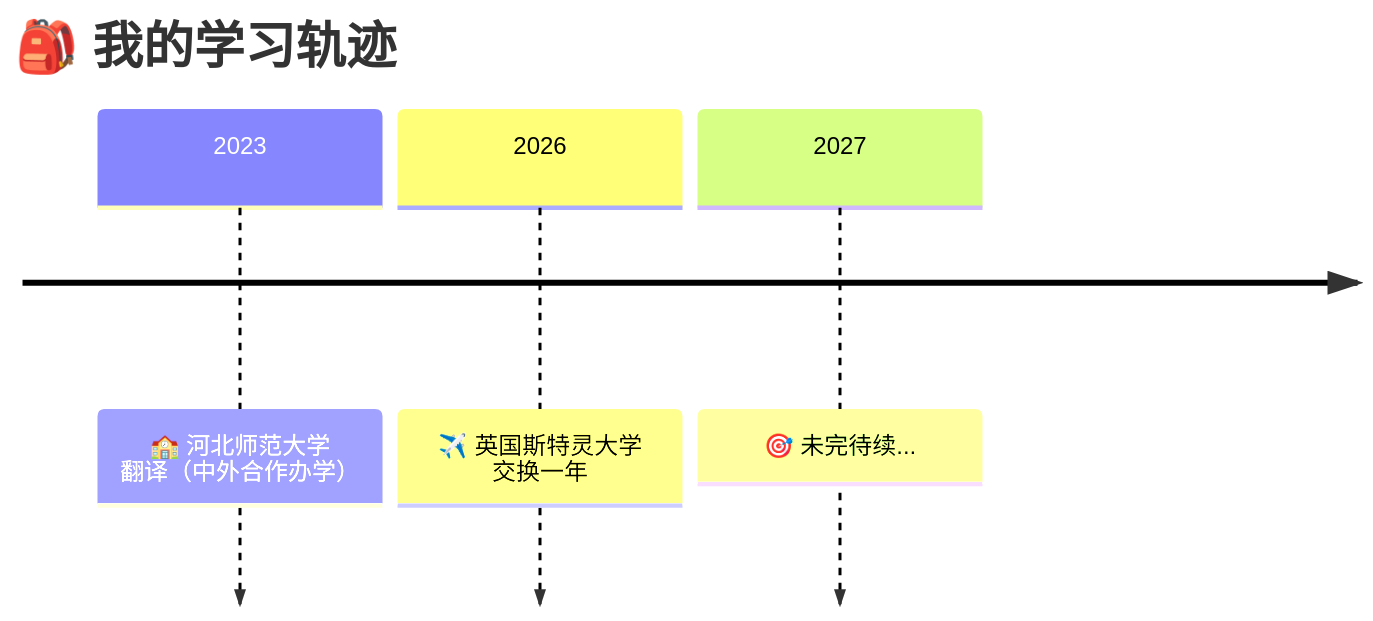
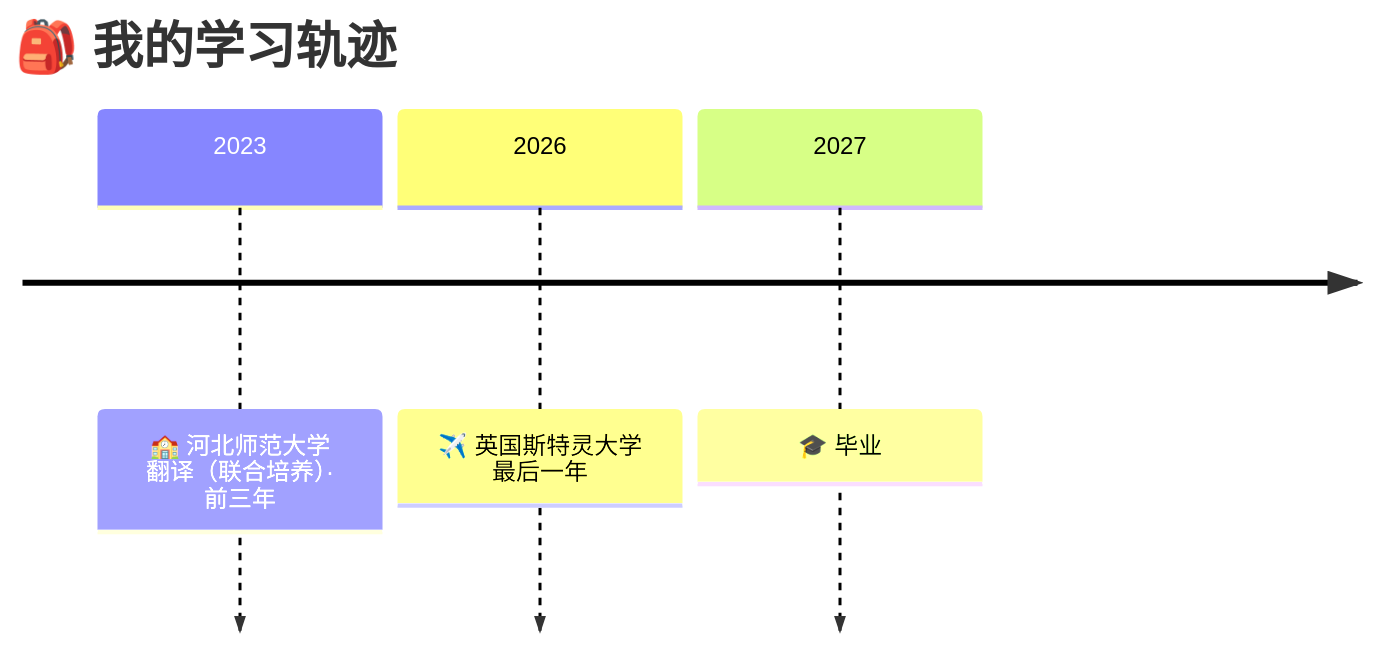
One commit to Waterc0lorEyes/Waterc0lorEyes changed the diagram in README.zh-CN.md. Above: the diagram before and after it, drawn with Mermaid. The commit also changed other lines of this file and 3 other files, not shown here.

````diff
--- a/README.zh-CN.md
+++ b/README.zh-CN.md
@@ -56,7 +56,7 @@
 ```mermaid
 timeline
     title 🎒 我的学习轨迹
-    2023 : 🏫 河北师范大学<br>翻译（中外合作办学）
-    2026 : ✈️ 英国斯特灵大学<br>交换一年
-    2027 : 🎯 未完待续...
+    2023 : 🏫 河北师范大学<br>翻译（联合培养）· 前三年
+    2026 : ✈️ 英国斯特灵大学<br>最后一年
+    2027 : 🎓 毕业
 ```
````
